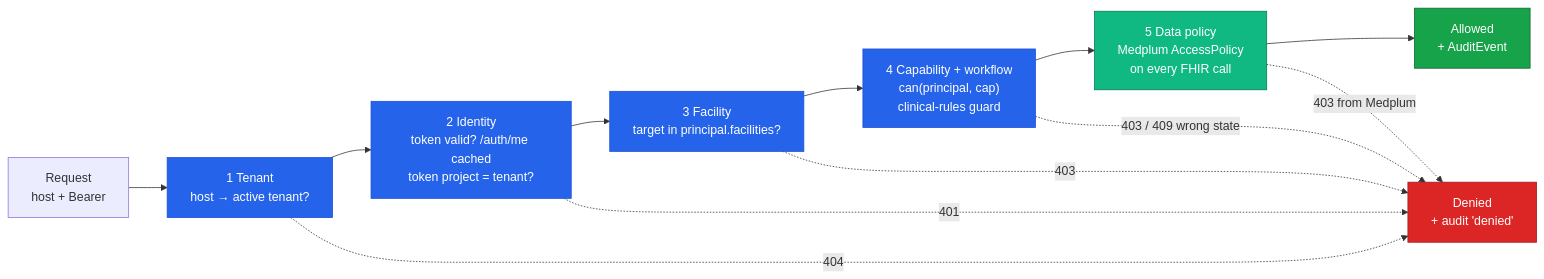
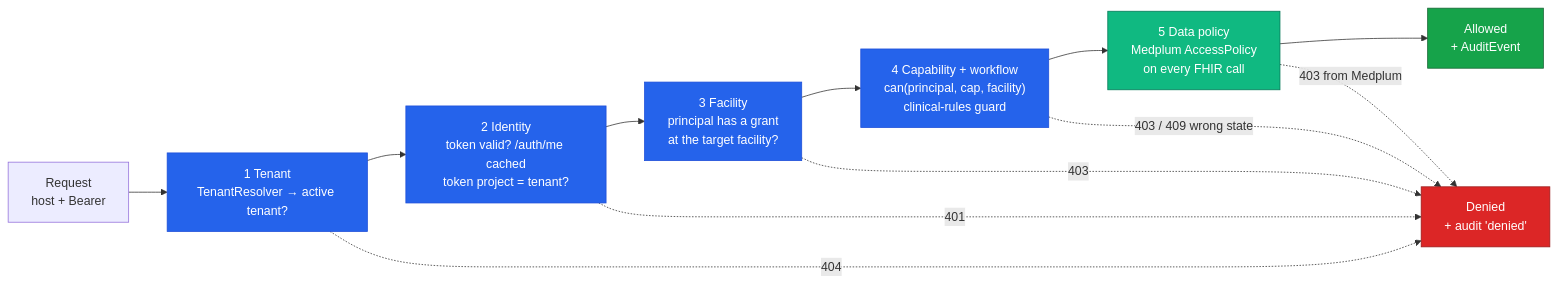
The fifth of 13 diagrams in docs/product/08-identity-access-and-tenancy.md (imRahul05/ASC-EHR), drawn with Mermaid before and after one commit. The commit also changed other lines of this file, not shown here.

First line of the commit message:
docs(iam): per-facility grants in Principal and TenantResolver gate

````diff
--- a/docs/product/08-identity-access-and-tenancy.md
+++ b/docs/product/08-identity-access-and-tenancy.md
@@ -420,20 +420,20 @@
 ```mermaid
 flowchart LR
     classDef gate fill:#2563eb,color:#fff,stroke:#1d4ed8
     classDef mp fill:#10b981,color:#fff,stroke:#047857
     classDef deny fill:#dc2626,color:#fff,stroke:#991b1b
     classDef ok fill:#16a34a,color:#fff,stroke:#166534
 
     R["Request<br/>host + Bearer"] --> G1
-    G1["1 Tenant<br/>host → active tenant?"]:::gate --> G2
+    G1["1 Tenant<br/>TenantResolver → active tenant?"]:::gate --> G2
     G2["2 Identity<br/>token valid? /auth/me cached<br/>token project = tenant?"]:::gate --> G3
-    G3["3 Facility<br/>target in principal.facilities?"]:::gate --> G4
-    G4["4 Capability + workflow<br/>can(principal, cap)<br/>clinical-rules guard"]:::gate --> G5
+    G3["3 Facility<br/>principal has a grant<br/>at the target facility?"]:::gate --> G4
+    G4["4 Capability + workflow<br/>can(principal, cap, facility)<br/>clinical-rules guard"]:::gate --> G5
     G5["5 Data policy<br/>Medplum AccessPolicy<br/>on every FHIR call"]:::mp --> OK["Allowed<br/>+ AuditEvent"]:::ok
 
     G1 -.->|"404"| D["Denied<br/>+ audit 'denied'"]:::deny
     G2 -.->|"401"| D
     G3 -.->|"403"| D
     G4 -.->|"403 / 409 wrong state"| D
     G5 -.->|"403 from Medplum"| D
 ```
````
